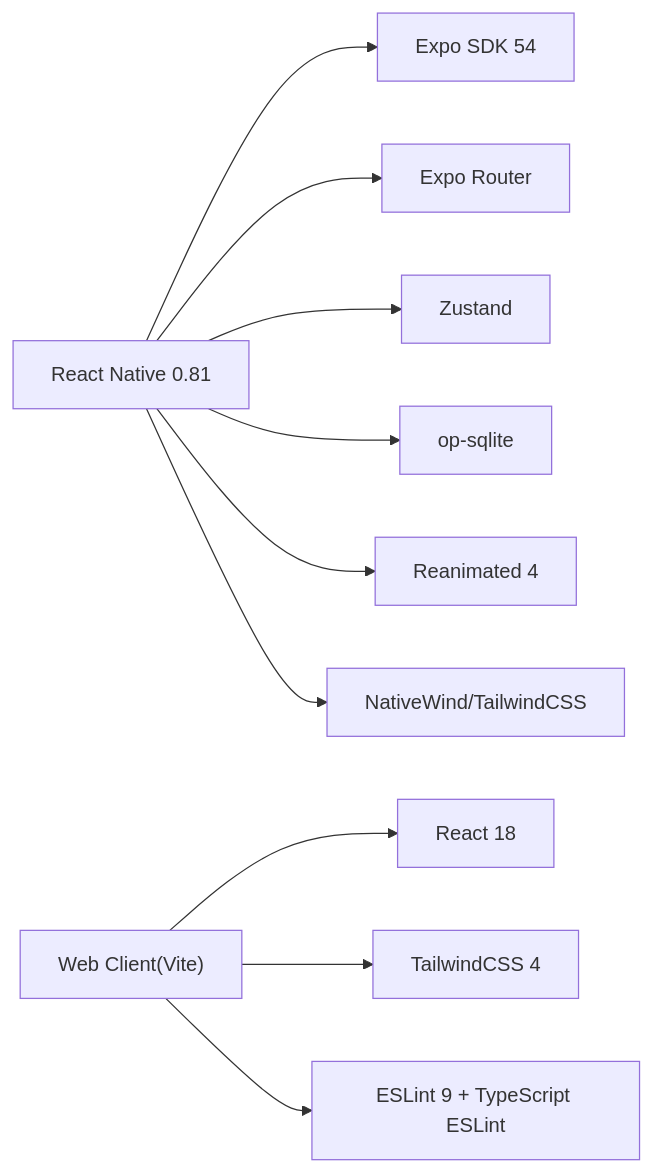
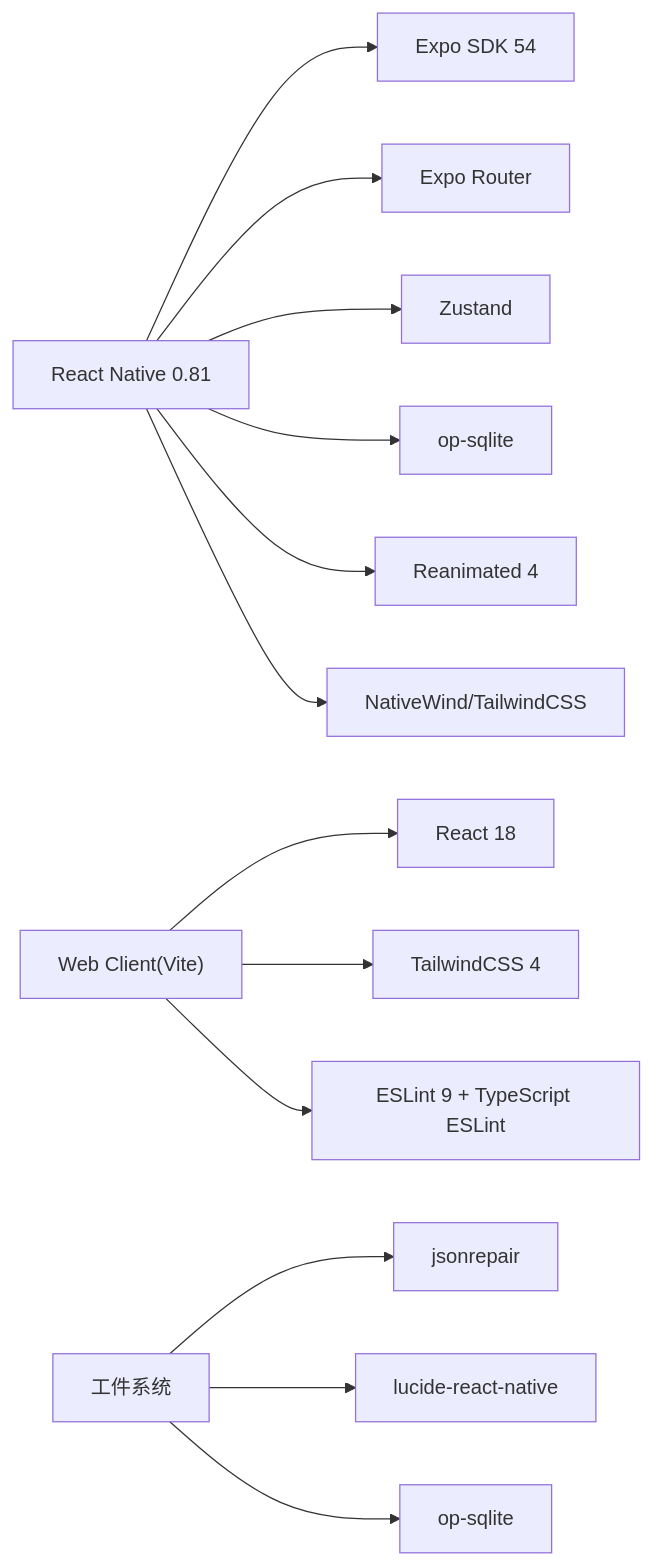
One commit to NarcisWL/Nexara changed the ninth of 9 diagrams in .qoder/repowiki/zh/content/开发指南/开发指南.md. Above: the diagram before and after it, drawn with Mermaid. The commit also changed other lines of this file and 4 other files, not shown here.

````diff
--- a/.qoder/repowiki/zh/content/开发指南/开发指南.md
+++ b/.qoder/repowiki/zh/content/开发指南/开发指南.md
@@ -300,12 +545,15 @@
 ```mermaid
 graph LR
 RN["React Native 0.81"] --> Expo["Expo SDK 54"]
 RN --> Router["Expo Router"]
 RN --> Zustand["Zustand"]
 RN --> SQLite["op-sqlite"]
 RN --> Anim["Reanimated 4"]
 RN --> NW["NativeWind/TailwindCSS"]
 WC["Web Client(Vite)"] --> WC_RN["React 18"]
 WC --> WC_TW["TailwindCSS 4"]
 WC --> WC_ES["ESLint 9 + TypeScript ESLint"]
+WS["工件系统"] --> WS_JSON["jsonrepair"]
+WS --> WS_LUCIDE["lucide-react-native"]
+WS --> WS_SQLITE["op-sqlite"]
 ```
````
